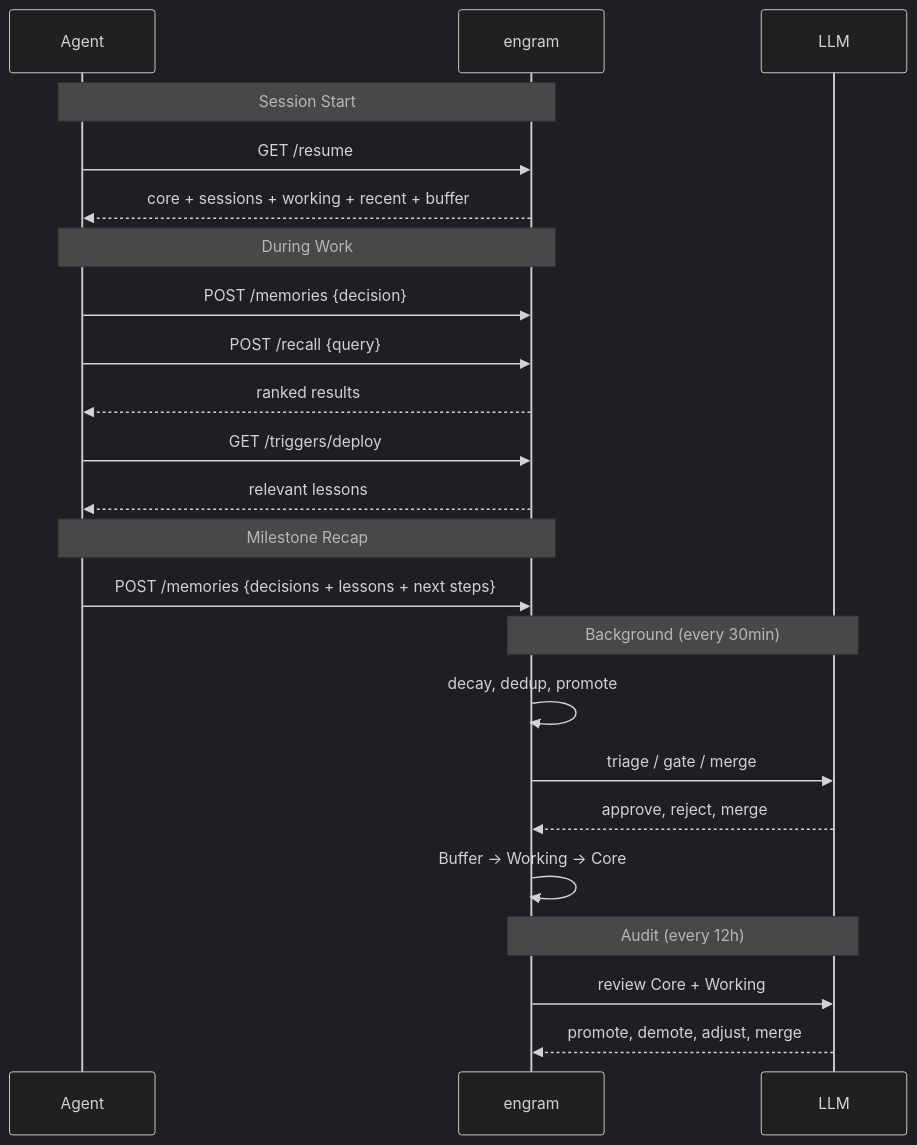
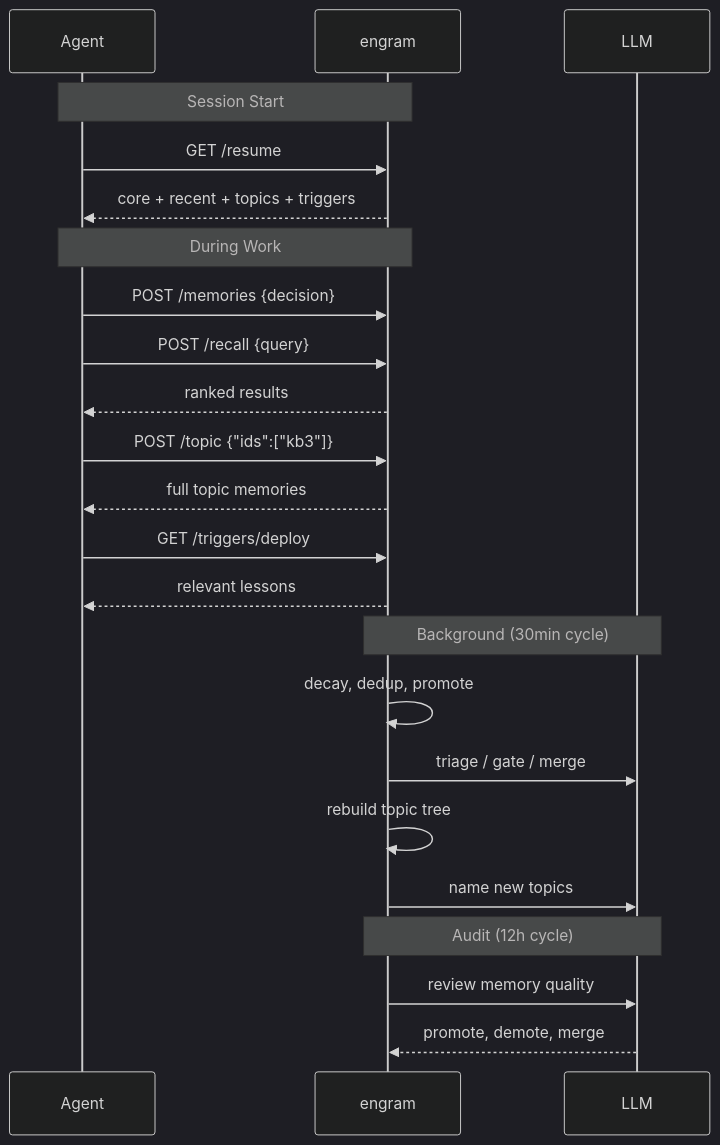
Before and after one commit to kael-bit/engram-rs: the diagram in README.md, drawn with Mermaid (dark theme). The commit also changed other lines of this file and 26 other files, not shown here.

First line of the commit message:
v0.12.0: topiary topic tree + 4-segment resume

````diff
--- a/README.md
+++ b/README.md
@@ -26,30 +51,29 @@
 ```mermaid
 sequenceDiagram
     participant A as Agent
     participant E as engram
     participant LLM as LLM
 
     Note over A,E: Session Start
     A->>E: GET /resume
-    E-->>A: core + sessions + working + recent + buffer
+    E-->>A: core + recent + topics + triggers
 
     Note over A,E: During Work
     A->>E: POST /memories {decision}
     A->>E: POST /recall {query}
     E-->>A: ranked results
+    A->>E: POST /topic {"ids":["kb3"]}
+    E-->>A: full topic memories
     A->>E: GET /triggers/deploy
     E-->>A: relevant lessons
 
-    Note over A,E: Milestone Recap
-    A->>E: POST /memories {decisions + lessons + next steps}
-
-    Note over E,LLM: Background (every 30min)
+    Note over E,LLM: Background (30min cycle)
     E->>E: decay, dedup, promote
     E->>LLM: triage / gate / merge
-    LLM-->>E: approve, reject, merge
-    E->>E: Buffer → Working → Core
+    E->>E: rebuild topic tree
+    E->>LLM: name new topics
 
-    Note over E,LLM: Audit (every 12h)
-    E->>LLM: review Core + Working
-    LLM-->>E: promote, demote, adjust, merge
+    Note over E,LLM: Audit (12h cycle)
+    E->>LLM: review memory quality
+    LLM-->>E: promote, demote, merge
 ```
````
